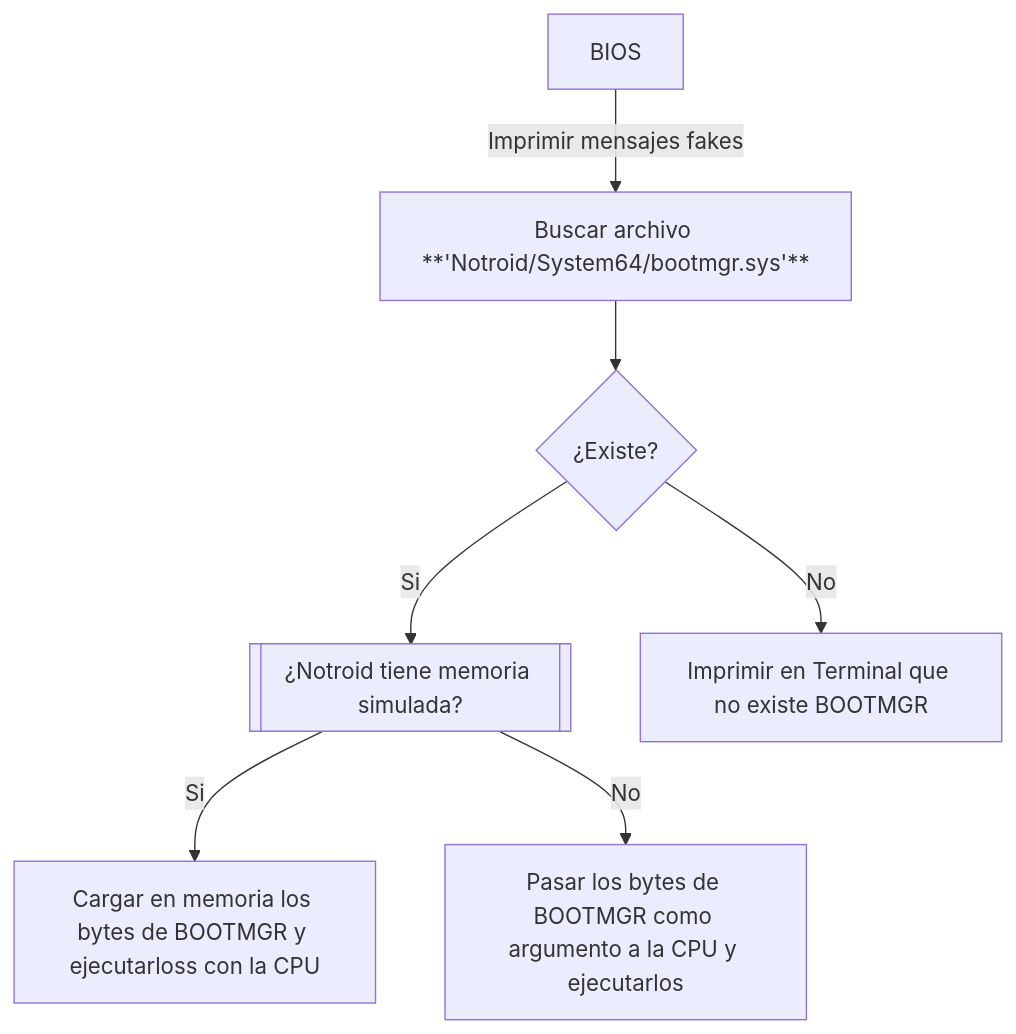
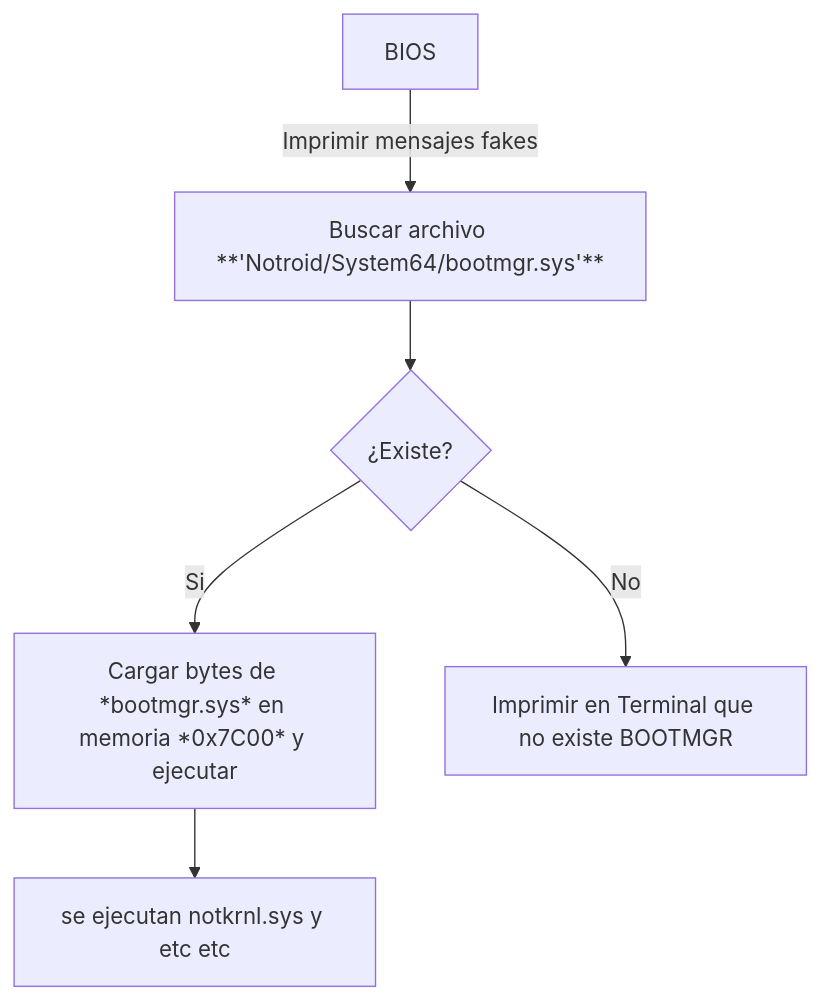
One commit to 12steveDev/Notroid-2.0 changed the diagram in NOTES.md. Above: the diagram before and after it, drawn with Mermaid. The commit also changed other lines of this file and 7 other files, not shown here.

````diff
--- a/NOTES.md
+++ b/NOTES.md
@@ -31,8 +36,7 @@
 ```mermaid
 graph TD
 A[BIOS] -- Imprimir mensajes fakes --> B[Buscar archivo **'Notroid/System64/bootmgr.sys'**] --> C{¿Existe?}
-C -- Si --> D[[¿Notroid tiene memoria simulada?]]
+C -- Si --> D[Cargar bytes de *bootmgr.sys* en memoria *0x7C00* y ejecutar]
 C -- No --> E[Imprimir en Terminal que no existe BOOTMGR]
-D -- Si --> F[Cargar en memoria los bytes de BOOTMGR y ejecutarloss con la CPU]
-D -- No --> G[Pasar los bytes de BOOTMGR como argumento a la CPU y ejecutarlos]
+D --> F[se ejecutan notkrnl.sys y etc etc]
 ```
````
